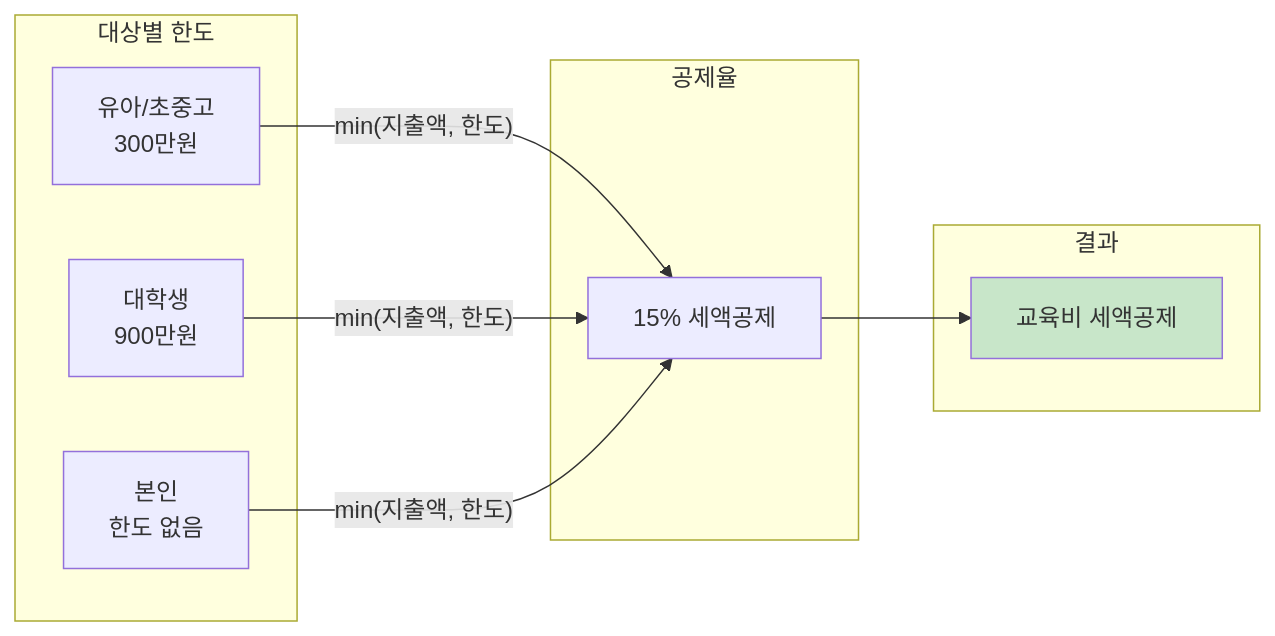
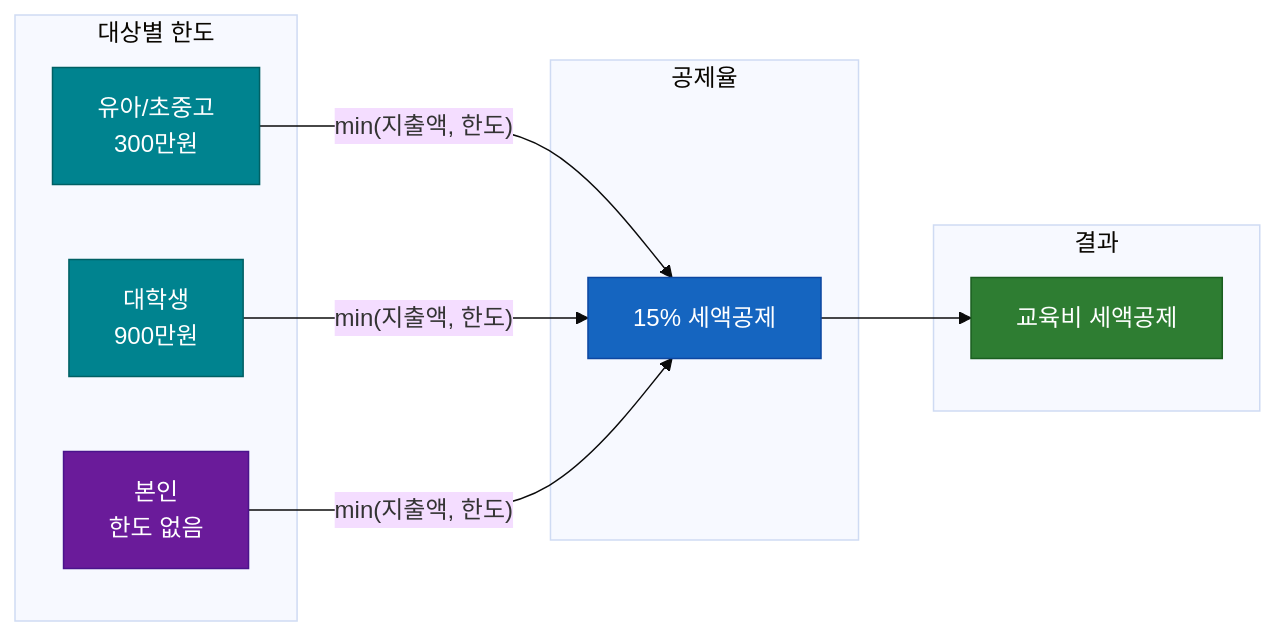
Diagram 12 of 18 in docs/세금로직_플로우차트.md (Z-3000/fina_r), drawn with Mermaid before and after one commit. The commit also changed other lines of this file, not shown here.

````diff
--- a/docs/세금로직_플로우차트.md
+++ b/docs/세금로직_플로우차트.md
@@ -411,20 +459,25 @@
 ```mermaid
+%%{init: {'theme': 'base'}}%%
 flowchart LR
     subgraph 대상별한도["대상별 한도"]
         A1["유아/초중고<br/>300만원"]
         A2["대학생<br/>900만원"]
         A3["본인<br/>한도 없음"]
     end
 
     subgraph 공제율
         B["15% 세액공제"]
     end
 
     subgraph 결과
         C[교육비 세액공제]
     end
 
     A1 & A2 & A3 -->|"min(지출액, 한도)"| B --> C
 
-    style C fill:#c8e6c9
+    style C fill:#2e7d32,stroke:#1b5e20,color:#fff
+    style B fill:#1565c0,stroke:#0d47a1,color:#fff
+    style A1 fill:#00838f,stroke:#006064,color:#fff
+    style A2 fill:#00838f,stroke:#006064,color:#fff
+    style A3 fill:#6a1b9a,stroke:#4a148c,color:#fff
 ```
````
